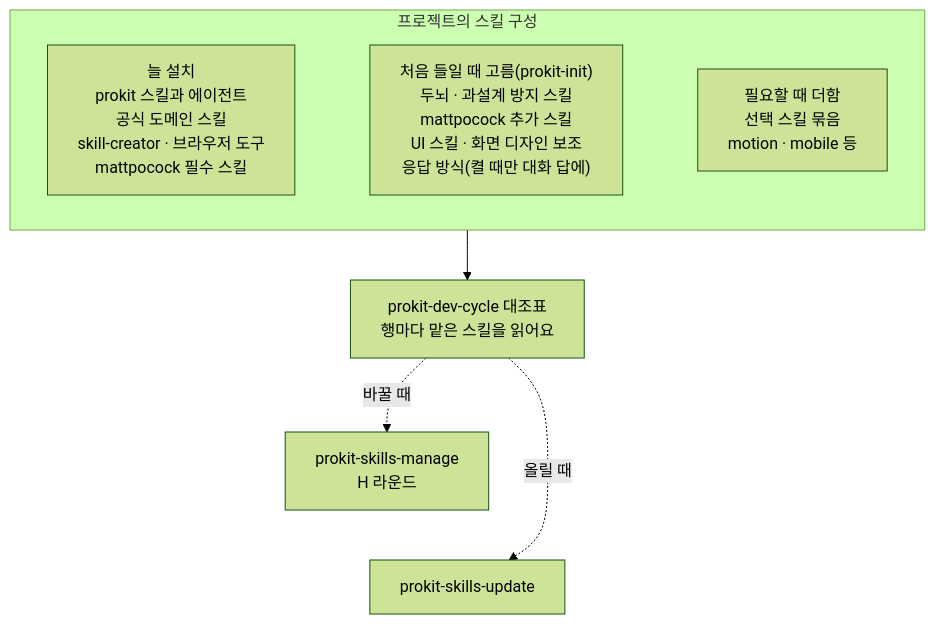
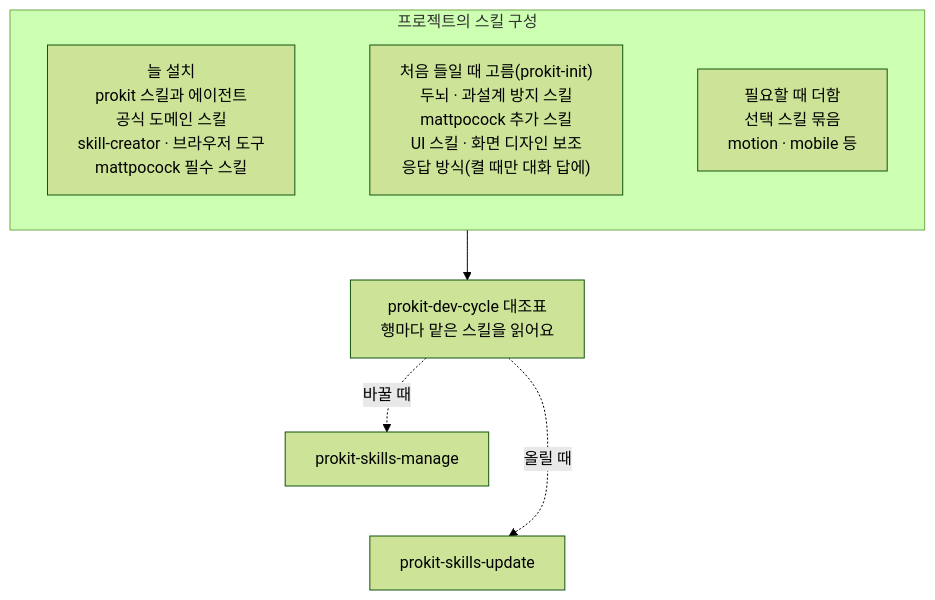
Before and after one commit to roadkwon-ai/pro-kit: the first of 4 diagrams in handbook/skills/brains.md, drawn with Mermaid (forest theme). The commit also changed other lines of this file and 26 other files, not shown here.

````diff
--- a/handbook/skills/brains.md
+++ b/handbook/skills/brains.md
@@ -64,20 +64,20 @@
 ```mermaid
 ---
 config:
   flowchart:
     wrappingWidth: 200
 ---
 flowchart TB
   accTitle: 스킬 구성 전체 지도
   accDescr: 늘 설치하는 것, 처음 들일 때 고르는 것, 필요할 때 더하는 것이 모두 prokit-dev-cycle 대조표로 이어져요. 대조표에서 바꿀 때는 prokit-skills-manage, 올릴 때는 prokit-skills-update로 가요.
   subgraph K["프로젝트의 스킬 구성"]
     A["늘 설치<br/>prokit 스킬과 에이전트<br/>공식 도메인 스킬<br/>skill-creator · 브라우저 도구<br/>mattpocock 필수 스킬"]
     P["처음 들일 때 고름(prokit-init)<br/>두뇌 · 과설계 방지 스킬<br/>mattpocock 추가 스킬<br/>UI 스킬 · 화면 디자인 보조<br/>응답 방식(켤 때만 대화 답에)"]
     O["필요할 때 더함<br/>선택 스킬 묶음<br/>motion · mobile 등"]
     A ~~~ P ~~~ O
   end
   K --> DC["prokit-dev-cycle 대조표<br/>행마다 맡은 스킬을 읽어요"]
-  DC -.->|"바꿀 때"| CH["prokit-skills-manage<br/>H 라운드"]
+  DC -.->|"바꿀 때"| CH["prokit-skills-manage"]
   CH ~~~ UP
   DC -.->|"올릴 때"| UP["prokit-skills-update"]
 ```
````
